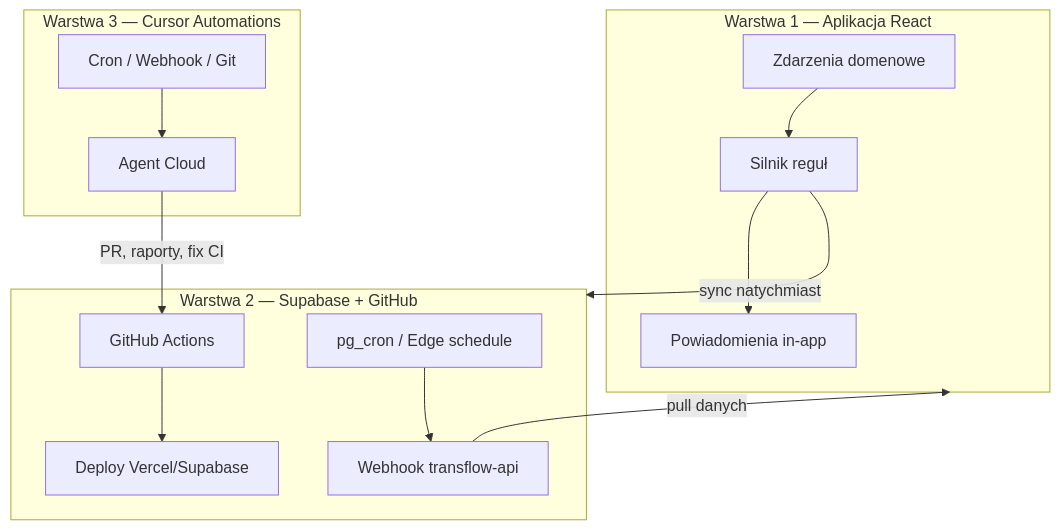
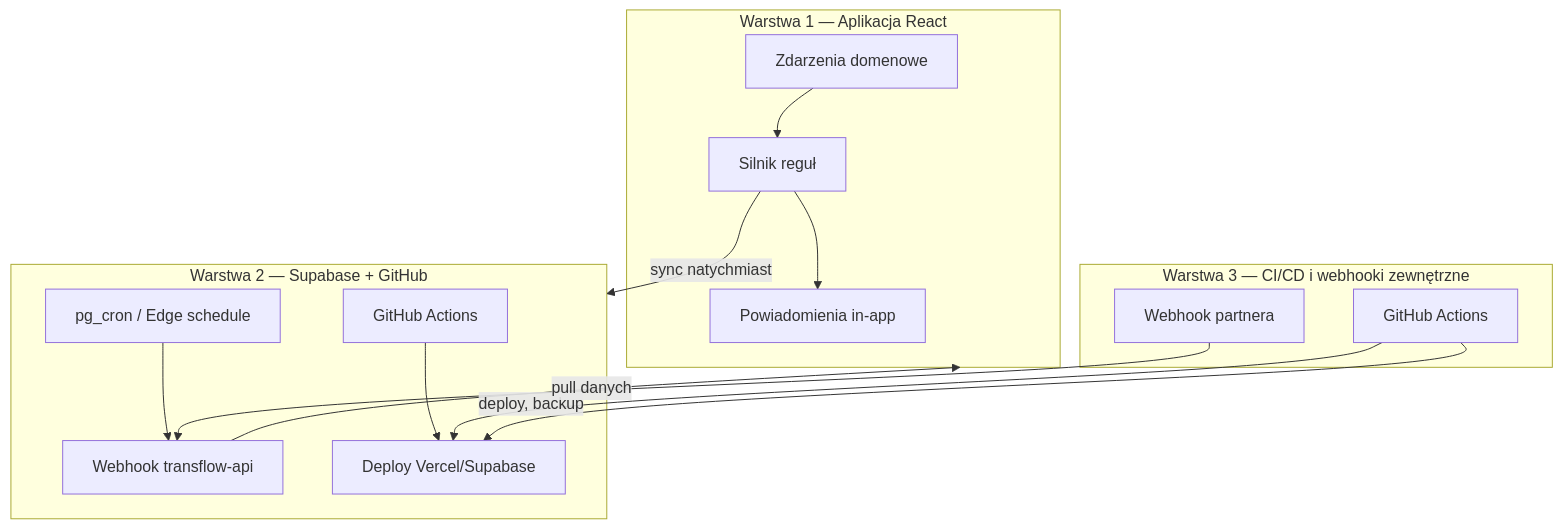
One commit to dawidthai125/firmatransportowa changed the diagram in docs/AUTOMATION.md. Above: the diagram before and after it, drawn with Mermaid. The commit also changed other lines of this file and 36 other files, not shown here.

````diff
--- a/docs/AUTOMATION.md
+++ b/docs/AUTOMATION.md
@@ -9,27 +9,28 @@
 ```mermaid
 flowchart TB
   subgraph app [Warstwa 1 — Aplikacja React]
     Events[Zdarzenia domenowe]
     Engine[Silnik reguł]
     Notif[Powiadomienia in-app]
     Events --> Engine --> Notif
   end
 
   subgraph backend [Warstwa 2 — Supabase + GitHub]
     Cron[pg_cron / Edge schedule]
     Webhook[Webhook transflow-api]
     GHA[GitHub Actions]
     Cron --> Webhook
     GHA --> Deploy[Deploy Vercel/Supabase]
   end
 
-  subgraph cursor [Warstwa 3 — Cursor Automations]
-    CA[Cron / Webhook / Git]
-    Agent[Agent Cloud]
-    CA --> Agent
+  subgraph ci [Warstwa 3 — CI/CD i webhooki zewnętrzne]
+    GHA2[GitHub Actions]
+    Ext[Webhook partnera]
+    GHA2 --> Deploy
+    Ext --> Webhook
   end
 
   Engine -->|sync natychmiast| backend
   Webhook -->|pull danych| app
-  Agent -->|PR, raporty, fix CI| GHA
+  GHA2 -->|deploy, backup| Deploy
 ```
````
